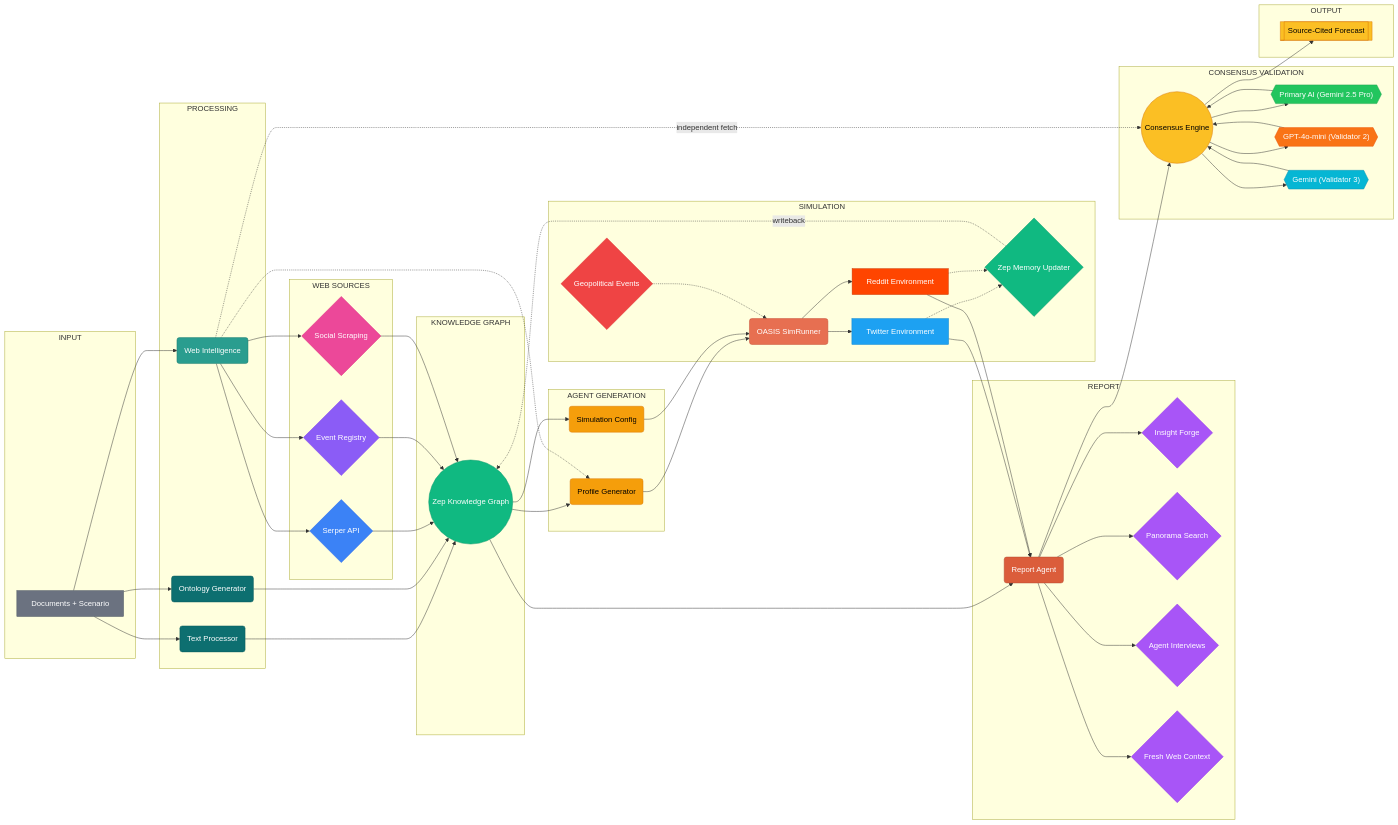
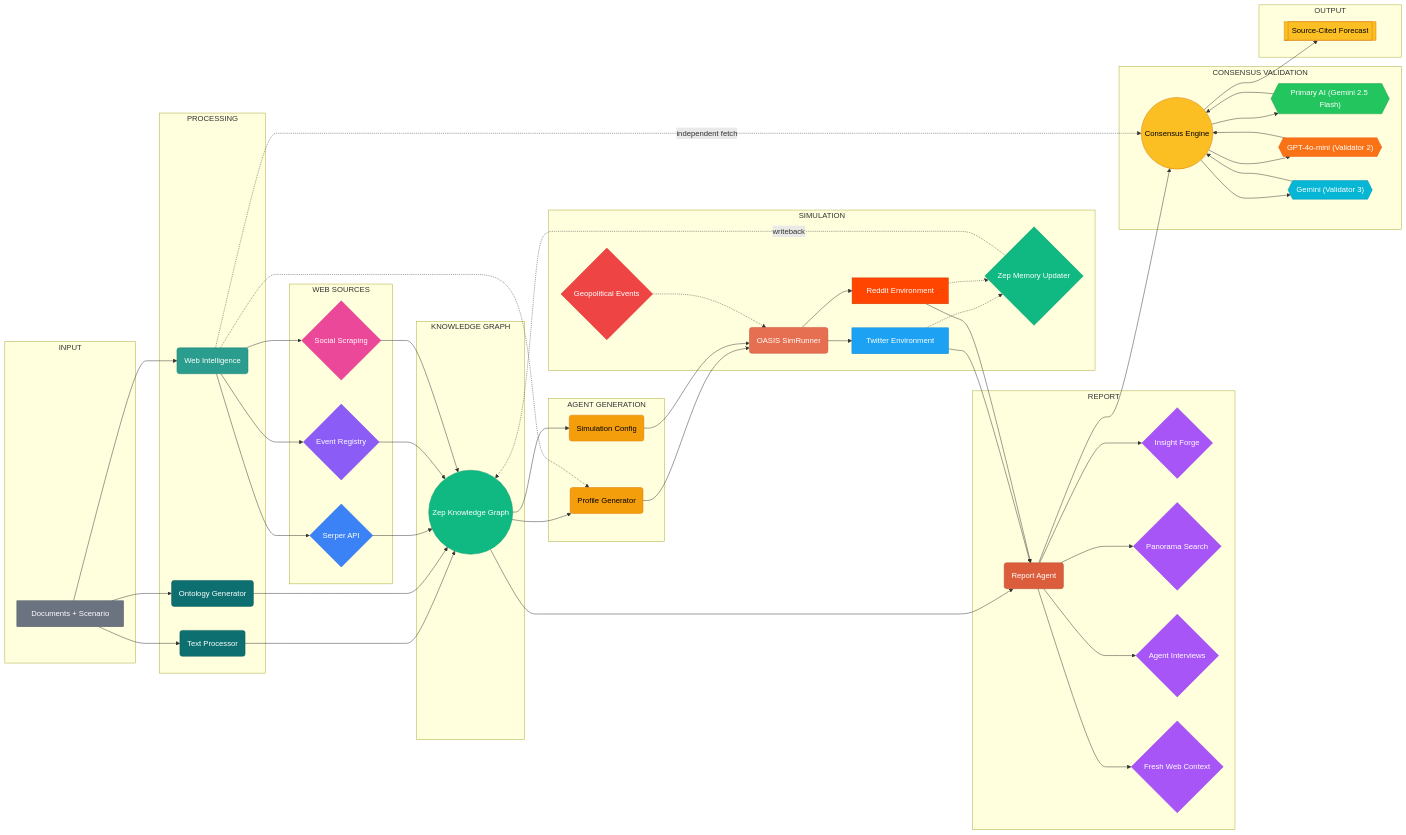
Before and after one commit to inbharatai/phoring: the first of 2 diagrams in README.md, drawn with Mermaid. The commit also changed other lines of this file and 3 other files, not shown here.

First line of the commit message:
docs(readme+gce): primary is Gemini 2.5 Flash (2.5 Pro broke the pipeline)

```diff
--- a/README.md
+++ b/README.md
@@ -135,7 +135,7 @@
 
     subgraph CONSENSUS["CONSENSUS VALIDATION"]
         consensus(("Consensus Engine"))
-        ai1{{"Primary AI (Gemini 2.5 Pro)"}}
+        ai1{{"Primary AI (Gemini 2.5 Flash)"}}
         ai2{{"GPT-4o-mini (Validator 2)"}}
         ai3{{"Gemini (Validator 3)"}}
     end
```
